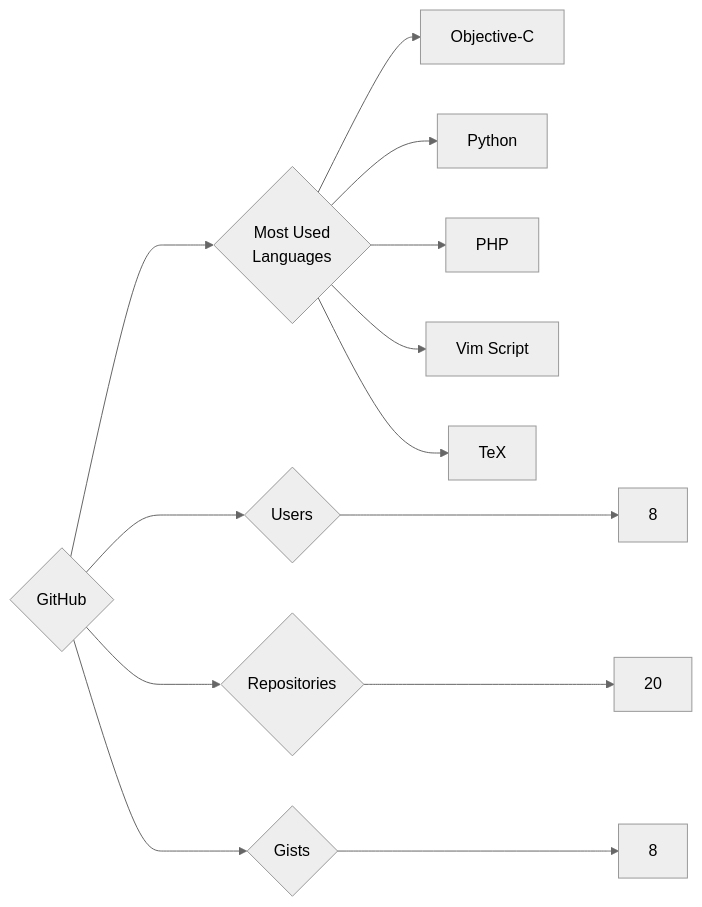
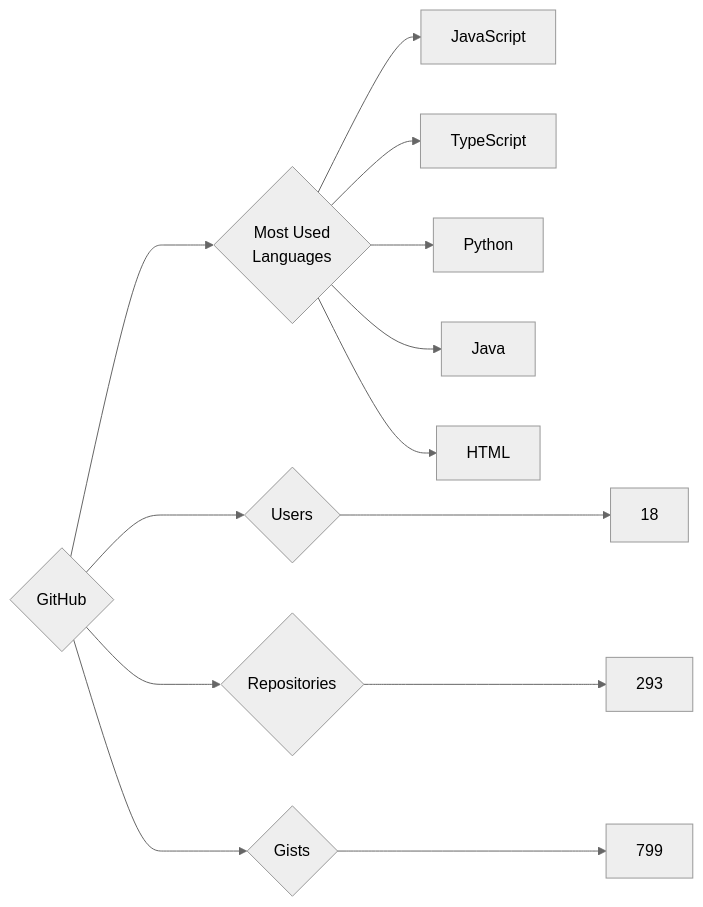
Before and after one commit to trickest/insiders: the diagram in targets/GitHub/README.md, drawn with Mermaid (neutral theme). The commit also changed 993 other files, not shown here.

````diff
--- a/targets/GitHub/README.md
+++ b/targets/GitHub/README.md
@@ -3,13 +3,13 @@
 ```mermaid
 graph LR
 COMPANY_NAME{GitHub}
-COMPANY_NAME ---> U{Users} ---> UN[8]
-COMPANY_NAME ---> R{Repositories} ---> RN[20]
-COMPANY_NAME ---> G{Gists} ---> GN[8]
+COMPANY_NAME ---> U{Users} ---> UN[18]
+COMPANY_NAME ---> R{Repositories} ---> RN[293]
+COMPANY_NAME ---> G{Gists} ---> GN[799]
 COMPANY_NAME ---> ML{Most Used<br>Languages}
-ML --> Objective-C[Objective-C]
+ML --> JavaScript[JavaScript]
+ML --> TypeScript[TypeScript]
 ML --> Python[Python]
-ML --> PHP[PHP]
-ML --> Vim_Script[Vim Script]
-ML --> TeX[TeX]
+ML --> Java[Java]
+ML --> HTML[HTML]
 ```
````
